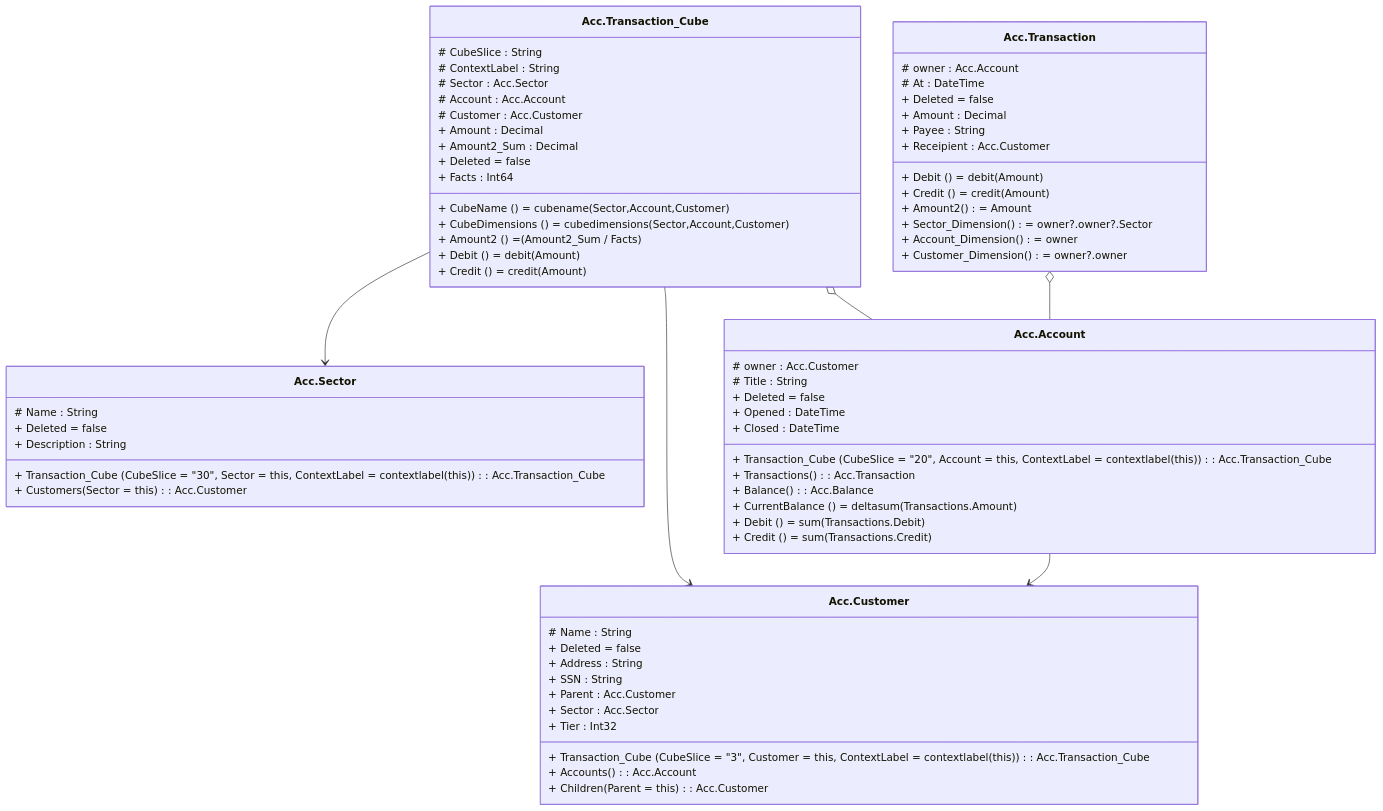
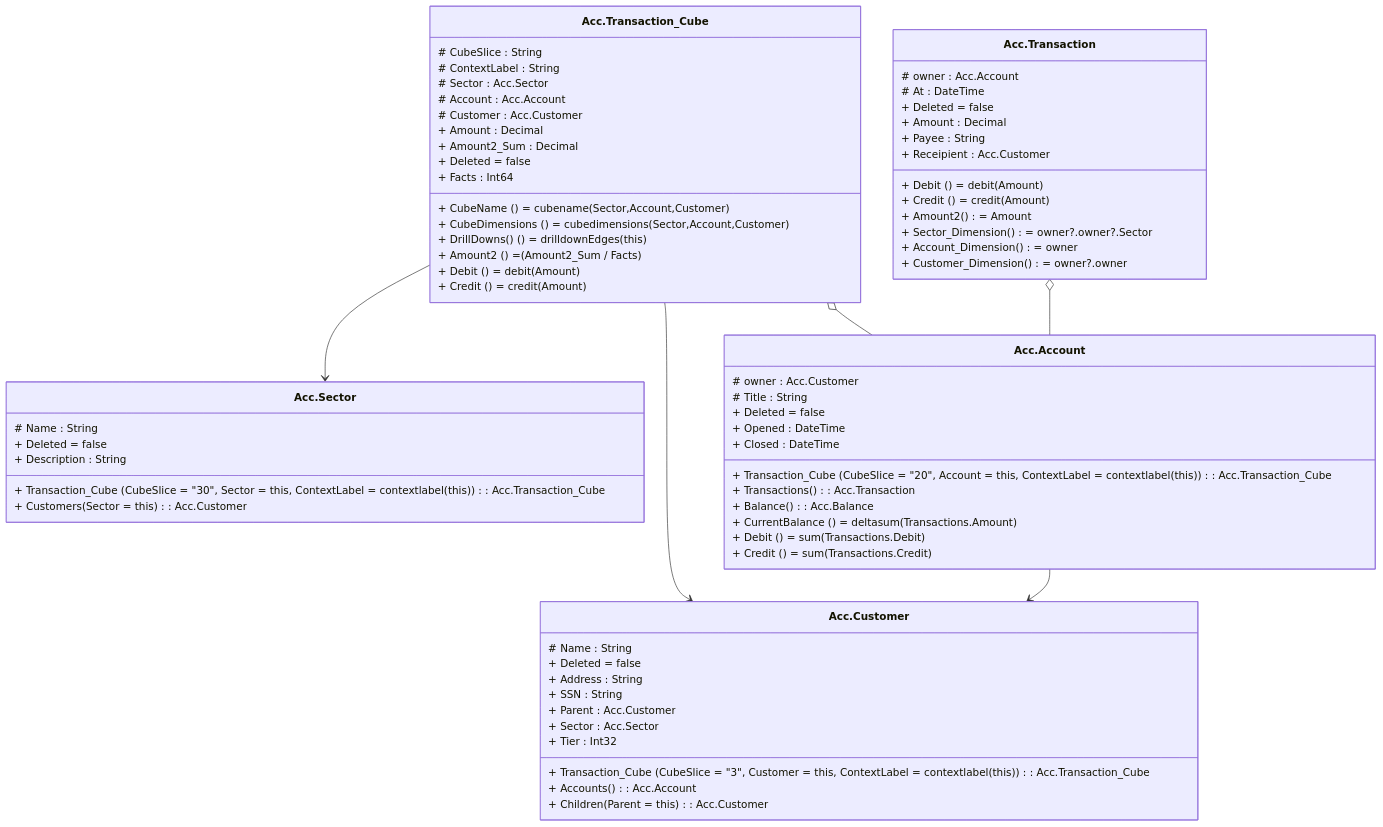
Before and after one commit to channell/Hiperspace: the diagram in examples/Account/Account-cube.md, drawn with Mermaid. The commit also changed other lines of this file and 148 other files, not shown here.

````diff
--- a/examples/Account/Account-cube.md
+++ b/examples/Account/Account-cube.md
@@ -2,71 +2,72 @@
 ```mermaid
 classDiagram
     class Acc.Sector {
         # Name  : String
         + Deleted  = false
         + Description  : String
         + Transaction_Cube (CubeSlice = "30", Sector = this, ContextLabel = contextlabel(this)) : Acc.Transaction_Cube
         + Customers (Sector = this) : Acc.Customer
     }
     class Acc.Customer {
         # Name  : String
         + Deleted  = false
         + Address  : String
         + SSN  : String
         + Parent  : Acc.Customer
         + Sector  : Acc.Sector
         + Tier  : Int32
         + Transaction_Cube (CubeSlice = "3", Customer = this, ContextLabel = contextlabel(this)) : Acc.Transaction_Cube
         + Accounts () : Acc.Account
         + Children (Parent = this) : Acc.Customer
     }
     class Acc.Account {
         # owner  : Acc.Customer
         # Title  : String
         + Deleted  = false
         + Opened  : DateTime
         + Closed  : DateTime
         + Transaction_Cube (CubeSlice = "20", Account = this, ContextLabel = contextlabel(this)) : Acc.Transaction_Cube
         + Transactions () : Acc.Transaction
         + Balance () : Acc.Balance
         + CurrentBalance () = deltasum(Transactions.Amount)
         + Debit () = sum(Transactions.Debit)
         + Credit () = sum(Transactions.Credit)
     }
     Acc.Account --> Acc.Customer
     class Acc.Transaction {
         # owner  : Acc.Account
         # At  : DateTime
         + Deleted  = false
         + Amount  : Decimal
         + Payee  : String
         + Receipient  : Acc.Customer
         + Debit () = debit(Amount)
         + Credit () = credit(Amount)
         + Amount2 () = Amount
         + Sector_Dimension () = owner?.owner?.Sector
         + Account_Dimension () = owner
         + Customer_Dimension () = owner?.owner
     }
     Acc.Transaction o-- Acc.Account
     class Acc.Transaction_Cube {
         # CubeSlice  : String
         # ContextLabel  : String
         # Sector  : Acc.Sector
         # Account  : Acc.Account
         # Customer  : Acc.Customer
         + Amount  : Decimal
         + Amount2_Sum  : Decimal
         + Deleted  = false
         + Facts  : Int64
         + CubeName () = cubename(Sector,Account,Customer)
         + CubeDimensions () = cubedimensions(Sector,Account,Customer)
+        + DrillDowns() () = drilldownEdges(this)
         + Amount2 () = (Amount2_Sum / Facts)
         + Debit () = debit(Amount)
         + Credit () = credit(Amount)
     }
     Acc.Transaction_Cube --> Acc.Sector
     Acc.Transaction_Cube o-- Acc.Account
     Acc.Transaction_Cube --> Acc.Customer
 
 ```
````
